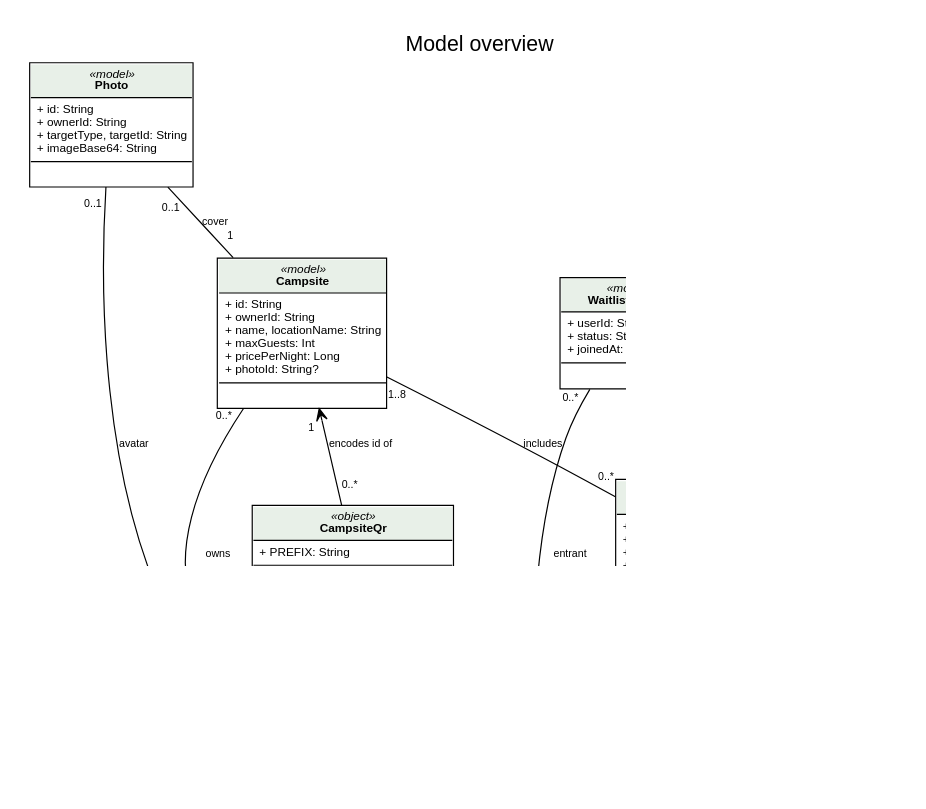
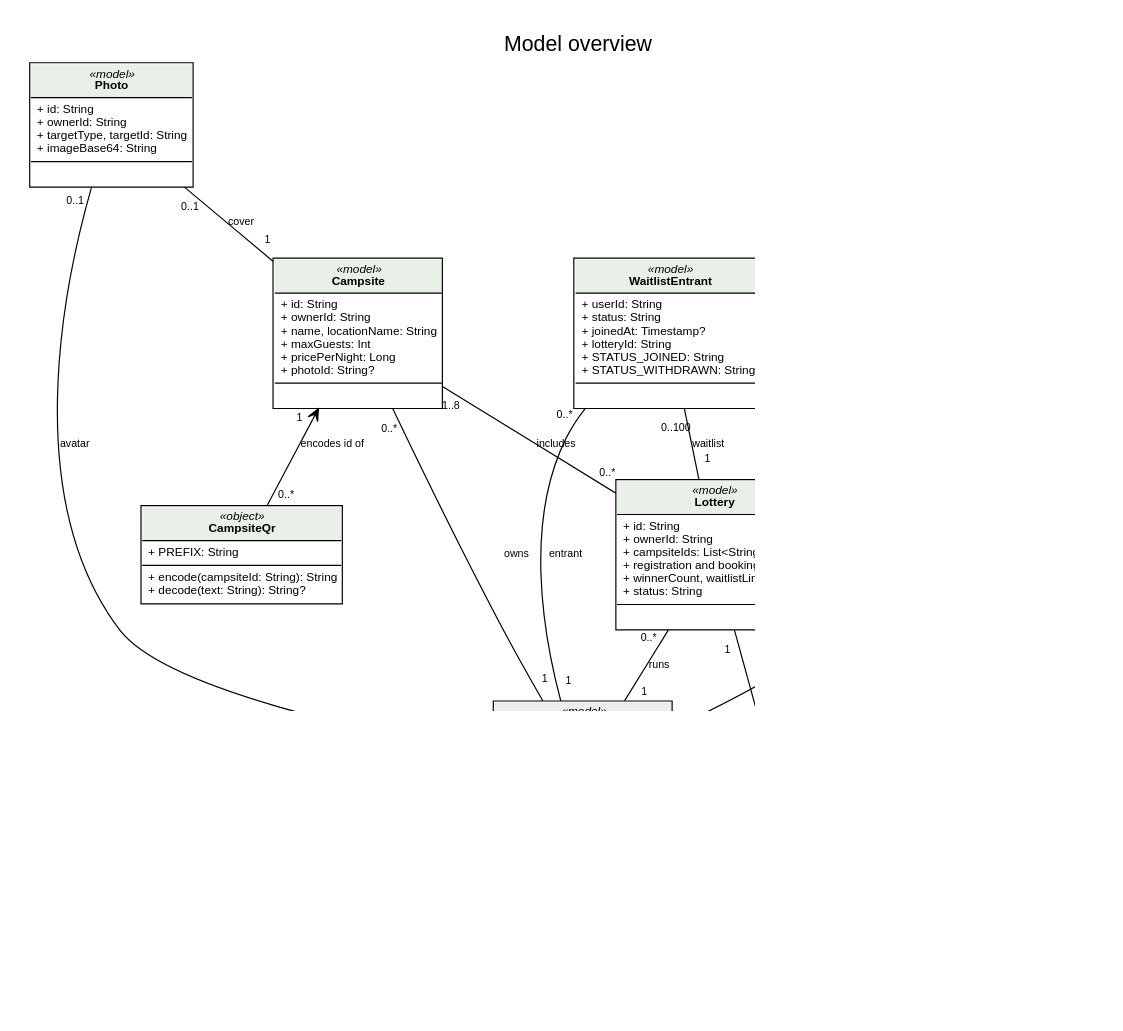
One commit to CMPUT301F26-legion/legion-events changed the diagram in doc/uml/overview.dot. Above: the diagram before and after it, drawn with Graphviz. The commit also changed 24 other files, not shown here.

Commit message:
Update UML and CRC cards for waitlist and notifications

```diff
--- a/doc/uml/overview.dot
+++ b/doc/uml/overview.dot
@@ -1,29 +1,34 @@
 // UML class diagram: model overview (all slices)
 // Render with: python3 render.py overview.dot overview.png  (needs Graphviz and Google Chrome)
 digraph G {
   graph [rankdir=BT fontname="Liberation Sans" nodesep=0.5 ranksep=0.7 dpi=110 pad=0.3
          label="Model overview" labelloc=t fontsize=18];
   node  [shape=plain fontname="Liberation Sans" fontsize=10];
   edge  [fontname="Liberation Sans" fontsize=9 labeldistance=1.8 labelangle=35];
   // Notation: extends (hollow triangle), one-way navigability (open arrow), association (plain line),
   // aggregation (hollow diamond on the owner), composition (filled diamond on the owner).
   // taillabel = source multiplicity, headlabel = target multiplicity. Extends has none.
 
   UserProfile [label=<<TABLE BORDER="1" CELLBORDER="0" CELLSPACING="0" CELLPADDING="4"><TR><TD BGCOLOR="#e8f0e8"><I>«model»</I><BR/><B>UserProfile</B></TD></TR><TR><TD ALIGN="LEFT" BALIGN="LEFT" SIDES="T" BORDER="1">+ uid: String<BR/>+ name, email, phone: String<BR/>+ role: String<BR/>+ photoId: String?<BR/>+ notificationsEnabled: Boolean</TD></TR><TR><TD ALIGN="LEFT" BALIGN="LEFT" SIDES="T" BORDER="1"> </TD></TR></TABLE>>];
   Campsite [label=<<TABLE BORDER="1" CELLBORDER="0" CELLSPACING="0" CELLPADDING="4"><TR><TD BGCOLOR="#e8f0e8"><I>«model»</I><BR/><B>Campsite</B></TD></TR><TR><TD ALIGN="LEFT" BALIGN="LEFT" SIDES="T" BORDER="1">+ id: String<BR/>+ ownerId: String<BR/>+ name, locationName: String<BR/>+ maxGuests: Int<BR/>+ pricePerNight: Long<BR/>+ photoId: String?</TD></TR><TR><TD ALIGN="LEFT" BALIGN="LEFT" SIDES="T" BORDER="1"> </TD></TR></TABLE>>];
   Photo [label=<<TABLE BORDER="1" CELLBORDER="0" CELLSPACING="0" CELLPADDING="4"><TR><TD BGCOLOR="#e8f0e8"><I>«model»</I><BR/><B>Photo</B></TD></TR><TR><TD ALIGN="LEFT" BALIGN="LEFT" SIDES="T" BORDER="1">+ id: String<BR/>+ ownerId: String<BR/>+ targetType, targetId: String<BR/>+ imageBase64: String</TD></TR><TR><TD ALIGN="LEFT" BALIGN="LEFT" SIDES="T" BORDER="1"> </TD></TR></TABLE>>];
   Lottery [label=<<TABLE BORDER="1" CELLBORDER="0" CELLSPACING="0" CELLPADDING="4"><TR><TD BGCOLOR="#e8f0e8"><I>«model»</I><BR/><B>Lottery</B></TD></TR><TR><TD ALIGN="LEFT" BALIGN="LEFT" SIDES="T" BORDER="1">+ id: String<BR/>+ ownerId: String<BR/>+ campsiteIds: List&lt;String&gt;<BR/>+ registration and booking windows<BR/>+ winnerCount, waitlistLimit: Int<BR/>+ status: String</TD></TR><TR><TD ALIGN="LEFT" BALIGN="LEFT" SIDES="T" BORDER="1"> </TD></TR></TABLE>>];
-  WaitlistEntrant [label=<<TABLE BORDER="1" CELLBORDER="0" CELLSPACING="0" CELLPADDING="4"><TR><TD BGCOLOR="#e8f0e8"><I>«model»</I><BR/><B>WaitlistEntrant</B></TD></TR><TR><TD ALIGN="LEFT" BALIGN="LEFT" SIDES="T" BORDER="1">+ userId: String<BR/>+ status: String<BR/>+ joinedAt: Timestamp?</TD></TR><TR><TD ALIGN="LEFT" BALIGN="LEFT" SIDES="T" BORDER="1"> </TD></TR></TABLE>>];
+  WaitlistEntrant [label=<<TABLE BORDER="1" CELLBORDER="0" CELLSPACING="0" CELLPADDING="4"><TR><TD BGCOLOR="#e8f0e8"><I>«model»</I><BR/><B>WaitlistEntrant</B></TD></TR><TR><TD ALIGN="LEFT" BALIGN="LEFT" SIDES="T" BORDER="1">+ userId: String<BR/>+ status: String<BR/>+ joinedAt: Timestamp?<BR/>+ lotteryId: String<BR/>+ STATUS_JOINED: String<BR/>+ STATUS_WITHDRAWN: String</TD></TR><TR><TD ALIGN="LEFT" BALIGN="LEFT" SIDES="T" BORDER="1"> </TD></TR></TABLE>>];
   BookingOffer [label=<<TABLE BORDER="1" CELLBORDER="0" CELLSPACING="0" CELLPADDING="4"><TR><TD BGCOLOR="#e8f0e8"><I>«model»</I><BR/><B>BookingOffer</B></TD></TR><TR><TD ALIGN="LEFT" BALIGN="LEFT" SIDES="T" BORDER="1">+ id: String<BR/>+ lotteryId: String<BR/>+ userId: String<BR/>+ status: String<BR/>+ expiresAt: Timestamp?</TD></TR><TR><TD ALIGN="LEFT" BALIGN="LEFT" SIDES="T" BORDER="1"> </TD></TR></TABLE>>];
   CampsiteQr [label=<<TABLE BORDER="1" CELLBORDER="0" CELLSPACING="0" CELLPADDING="4"><TR><TD BGCOLOR="#e8f0e8"><I>«object»</I><BR/><B>CampsiteQr</B></TD></TR><TR><TD ALIGN="LEFT" BALIGN="LEFT" SIDES="T" BORDER="1">+ PREFIX: String</TD></TR><TR><TD ALIGN="LEFT" BALIGN="LEFT" SIDES="T" BORDER="1">+ encode(campsiteId: String): String<BR/>+ decode(text: String): String?</TD></TR></TABLE>>];
+  OwnerNotice [label=<<TABLE BORDER="1" CELLBORDER="0" CELLSPACING="0" CELLPADDING="4"><TR><TD BGCOLOR="#e8f0e8"><I>«model»</I><BR/><B>OwnerNotice</B></TD></TR><TR><TD ALIGN="LEFT" BALIGN="LEFT" SIDES="T" BORDER="1">+ id: String<BR/>+ ownerId: String<BR/>+ lotteryId: String<BR/>+ message: String<BR/>+ recipientIds: List&lt;String&gt;<BR/>+ createdAt: Timestamp?</TD></TR><TR><TD ALIGN="LEFT" BALIGN="LEFT" SIDES="T" BORDER="1"> </TD></TR></TABLE>>];
+  LotteryNotification [label=<<TABLE BORDER="1" CELLBORDER="0" CELLSPACING="0" CELLPADDING="4"><TR><TD BGCOLOR="#e8f0e8"><I>«model»</I><BR/><B>LotteryNotification</B></TD></TR><TR><TD ALIGN="LEFT" BALIGN="LEFT" SIDES="T" BORDER="1">+ id: String<BR/>+ result: LotteryResult<BR/>+ offerId: String?<BR/>+ createdAt: Timestamp</TD></TR><TR><TD ALIGN="LEFT" BALIGN="LEFT" SIDES="T" BORDER="1"> </TD></TR></TABLE>>];
   UserProfile -> Campsite [arrowhead=none label="owns" taillabel="1" headlabel="0..*"];
   UserProfile -> Lottery [arrowhead=none label="runs" taillabel="1" headlabel="0..*"];
   Lottery -> Campsite [arrowhead=none label="includes" taillabel="0..*" headlabel="1..8"];
   Lottery -> WaitlistEntrant [arrowhead=none label="waitlist" taillabel="1" headlabel="0..100"];
   WaitlistEntrant -> UserProfile [arrowhead=none label="entrant" taillabel="0..*" headlabel="1"];
   Lottery -> BookingOffer [arrowhead=none label="offers" taillabel="1" headlabel="0..*"];
   BookingOffer -> UserProfile [arrowhead=none label="offered to" taillabel="0..*" headlabel="1"];
   Campsite -> Photo [arrowhead=none label="cover" taillabel="1" headlabel="0..1"];
   UserProfile -> Photo [arrowhead=none label="avatar" taillabel="1" headlabel="0..1"];
   CampsiteQr -> Campsite [arrowhead=vee label="encodes id of" taillabel="0..*" headlabel="1"];
+  OwnerNotice -> Lottery [arrowhead=none label="sent to waitlist of" taillabel="0..*" headlabel="1"];
+  OwnerNotice -> UserProfile [arrowhead=none label="received by" taillabel="0..*" headlabel="1..100"];
+  LotteryNotification -> BookingOffer [arrowhead=vee label="opens" taillabel="0..1" headlabel="0..1"];
 }
```
